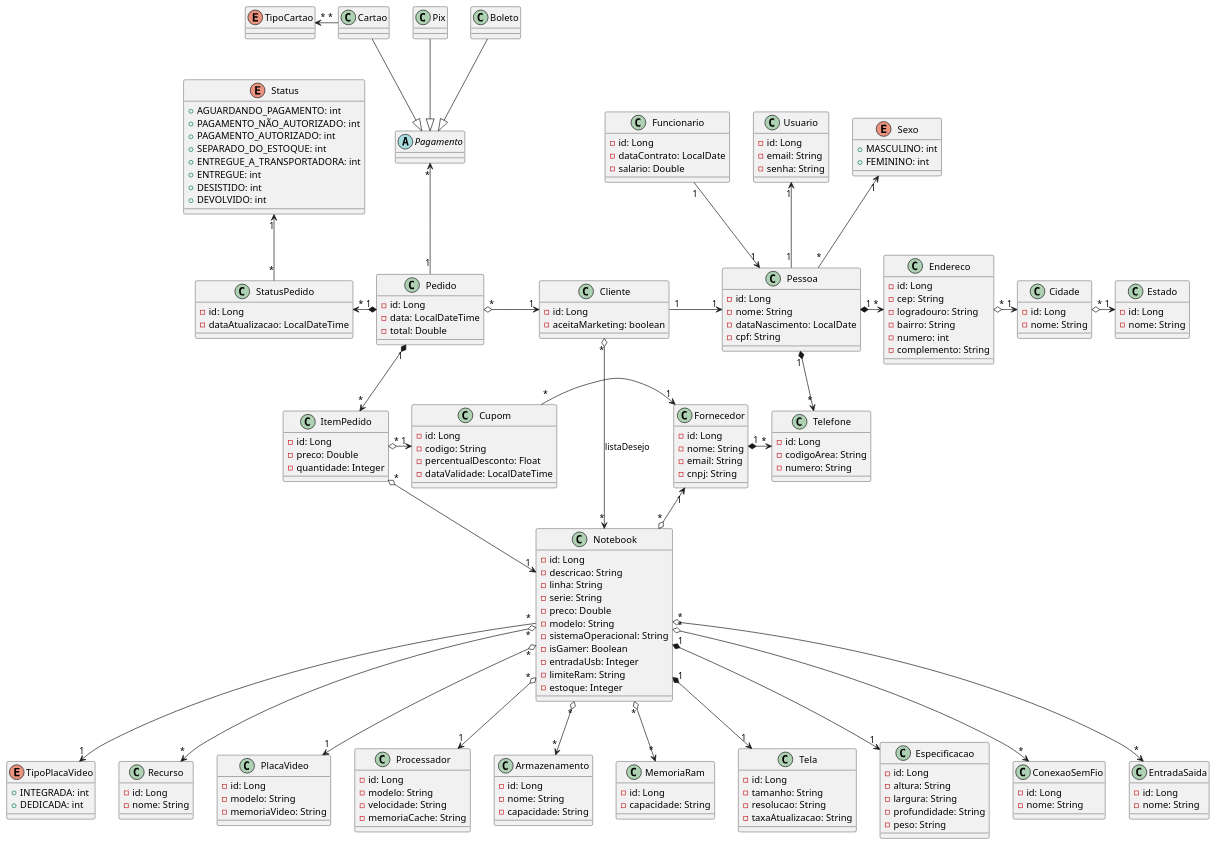
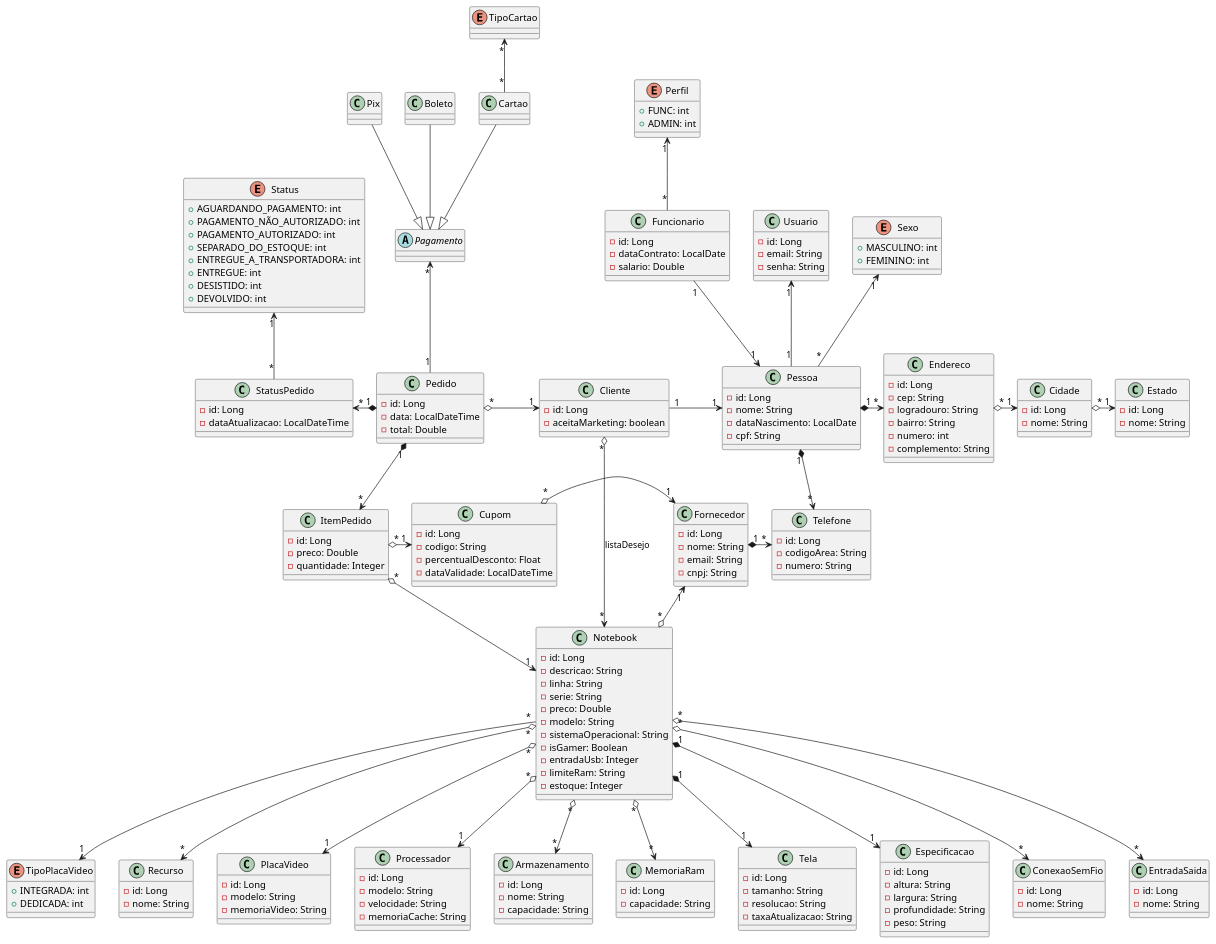
One commit to MatheusPontieri/E-commerce_Notebooks changed the diagram in src/main/resources/docs/uml_v2.plantuml. Above: the diagram before and after it, drawn with PlantUML. The commit also changed 7 other files, not shown here.

```diff
--- a/src/main/resources/docs/uml_v2.plantuml
+++ b/src/main/resources/docs/uml_v2.plantuml
@@ -71,6 +71,11 @@
     - id: Long
     - dataContrato: LocalDate
     - salario: Double
+}
+
+enum Perfil {
+    + FUNC: int
+    + ADMIN: int
 }
 
 class Usuario {
@@ -199,13 +204,13 @@
 StatusPedido "*" -up-> "1" Status
 ItemPedido "*" o--> "1" Notebook
 ItemPedido "*" o-right-> "1" Cupom
-Cupom "*" -right-> "1" Fornecedor
+Cupom "*" o-right-> "1" Fornecedor
 
 Pedido "1" -up-> "*" Pagamento
 Pix --|> Pagamento
 Cartao --|> Pagamento
 Boleto --|> Pagamento
-Cartao "*" -left-> "*" TipoCartao
+Cartao "*" -up-> "*" TipoCartao
 
 Pessoa "1" *-right-> "*" Endereco
 Pessoa "*" -up-> "1" Sexo
@@ -215,6 +220,7 @@
 Cliente "1" -right-> "1" Pessoa
 Funcionario "1" --> "1" Pessoa
 Cliente "*" o--> "*" Notebook: listaDesejo
+Funcionario "*" -up-> "1" Perfil
 
 Endereco "*" o-right-> "1" Cidade
 Cidade "*" o-right-> "1" Estado
```
